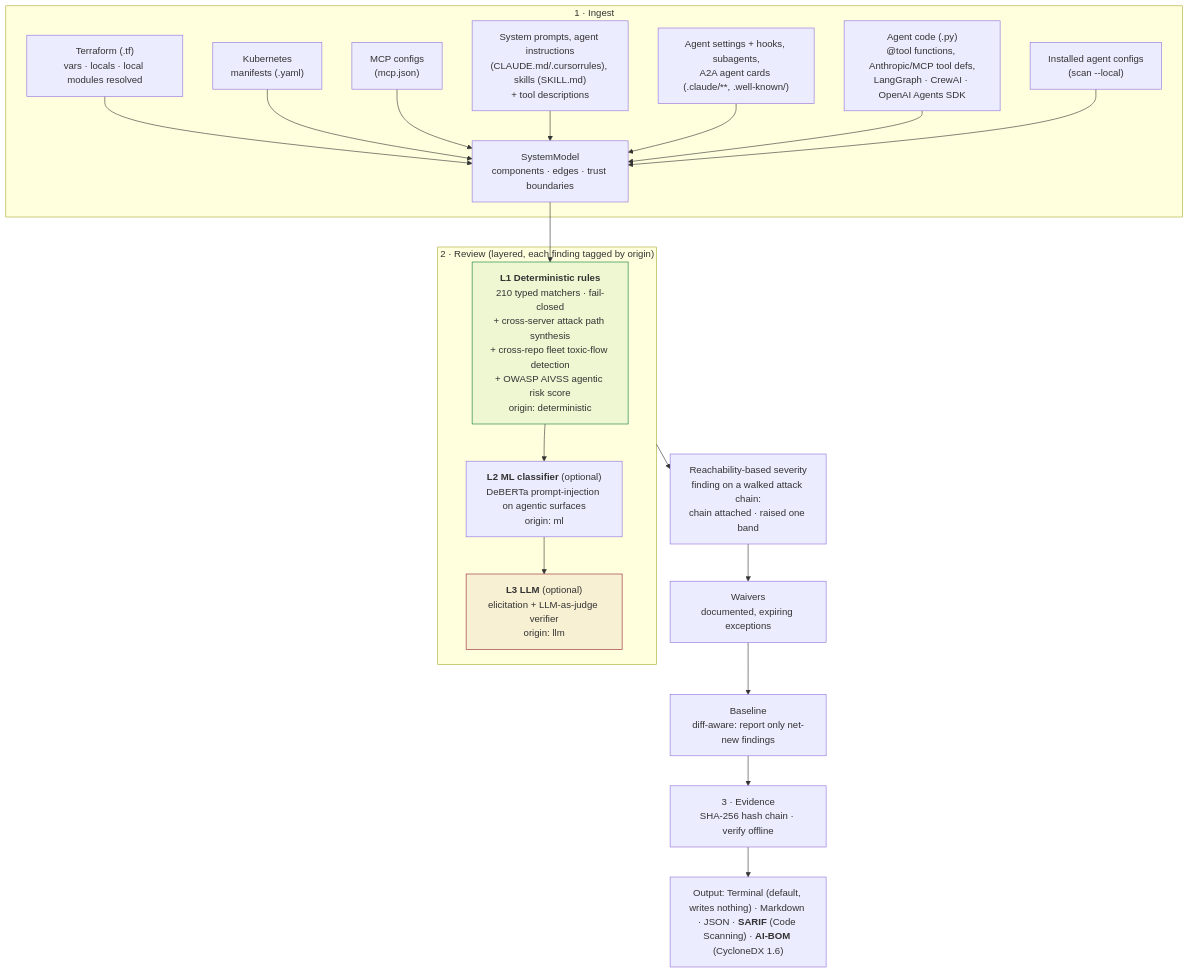
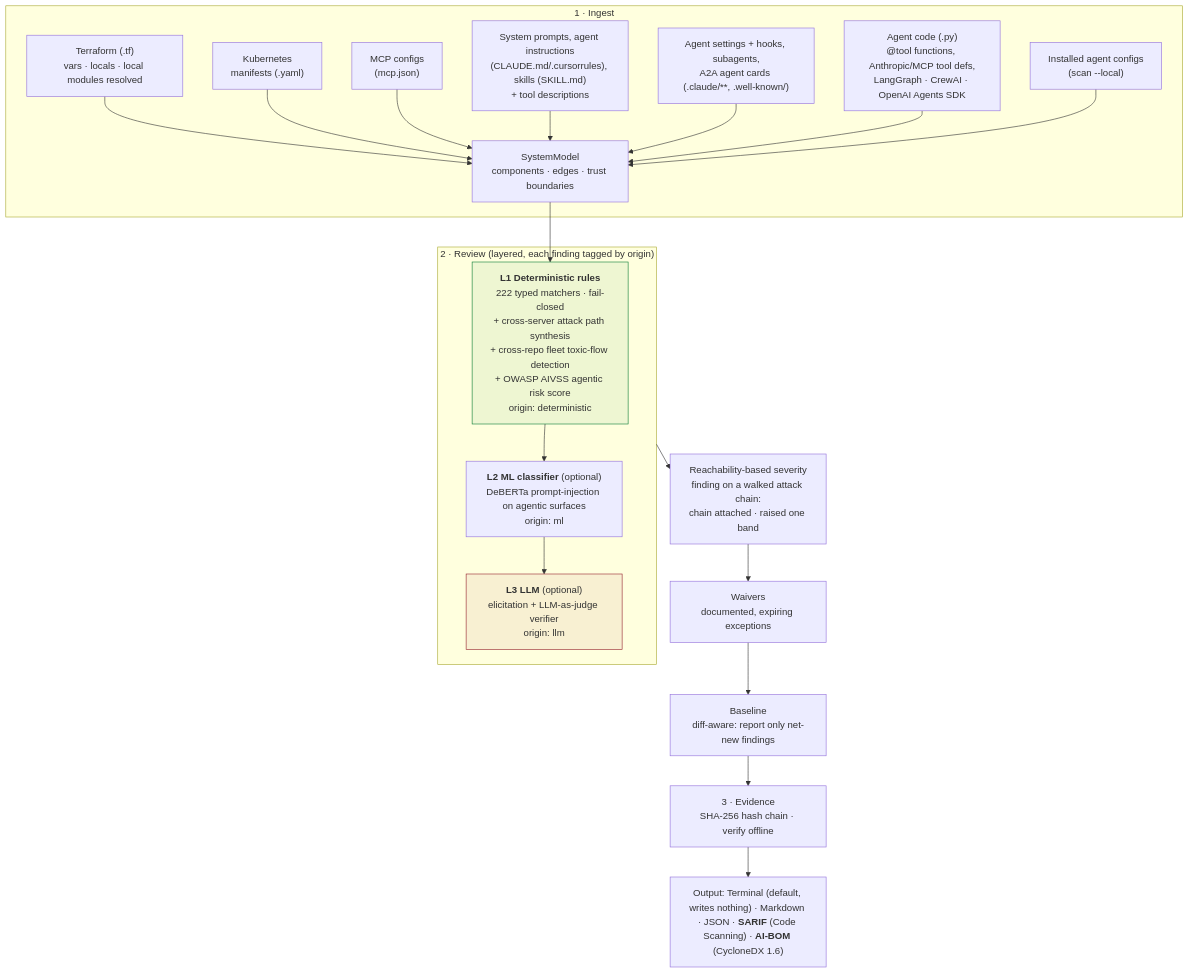
One commit to zeyadalsakhii/attestral changed the first of 4 diagrams in README.md. Above: the diagram before and after it, drawn with Mermaid. The commit also changed other lines of this file and 9 other files, not shown here.

````diff
--- a/README.md
+++ b/README.md
@@ -106,27 +106,27 @@
 ```mermaid
 flowchart TB
     subgraph ING["1 · Ingest"]
         TF["Terraform (.tf)<br/>vars · locals · local modules resolved"] --> M
         K8S["Kubernetes<br/>manifests (.yaml)"] --> M
         MCP["MCP configs<br/>(mcp.json)"] --> M
         SP["System prompts, agent instructions<br/>(CLAUDE.md/.cursorrules), skills (SKILL.md)<br/>+ tool descriptions"] --> M
         AC["Agent settings + hooks, subagents,<br/>A2A agent cards (.claude/**, .well-known/)"] --> M
         CODE["Agent code (.py)<br/>@tool functions, Anthropic/MCP tool defs,<br/>LangGraph · CrewAI · OpenAI Agents SDK"] --> M
         LC["Installed agent configs<br/>(scan --local)"] --> M
         M["SystemModel<br/>components · edges · trust boundaries"]
     end
     M --> L1
     subgraph REV["2 · Review (layered, each finding tagged by origin)"]
-        L1["<b>L1 Deterministic rules</b><br/>210 typed matchers · fail-closed<br/>+ cross-server attack path synthesis<br/>+ cross-repo fleet toxic-flow detection<br/>+ OWASP AIVSS agentic risk score<br/>origin: deterministic"]
+        L1["<b>L1 Deterministic rules</b><br/>222 typed matchers · fail-closed<br/>+ cross-server attack path synthesis<br/>+ cross-repo fleet toxic-flow detection<br/>+ OWASP AIVSS agentic risk score<br/>origin: deterministic"]
         L2["<b>L2 ML classifier</b> (optional)<br/>DeBERTa prompt-injection on agentic surfaces<br/>origin: ml"]
         L3["<b>L3 LLM</b> (optional)<br/>elicitation + LLM-as-judge verifier<br/>origin: llm"]
         L1 --> L2 --> L3
     end
     REV --> RS["Reachability-based severity<br/>finding on a walked attack chain:<br/>chain attached · raised one band"]
     RS --> W["Waivers<br/>documented, expiring exceptions"]
     W --> BL["Baseline<br/>diff-aware: report only net-new findings"]
     BL --> EV["3 · Evidence<br/>SHA-256 hash chain · verify offline"]
     EV --> OUT["Output: Terminal (default, writes nothing) · Markdown · JSON · <b>SARIF</b> (Code Scanning) · <b>AI-BOM</b> (CycloneDX 1.6)"]
     style L1 fill:#0a7d3611,stroke:#0a7d36
     style L3 fill:#96222E11,stroke:#96222E
 ```
````
